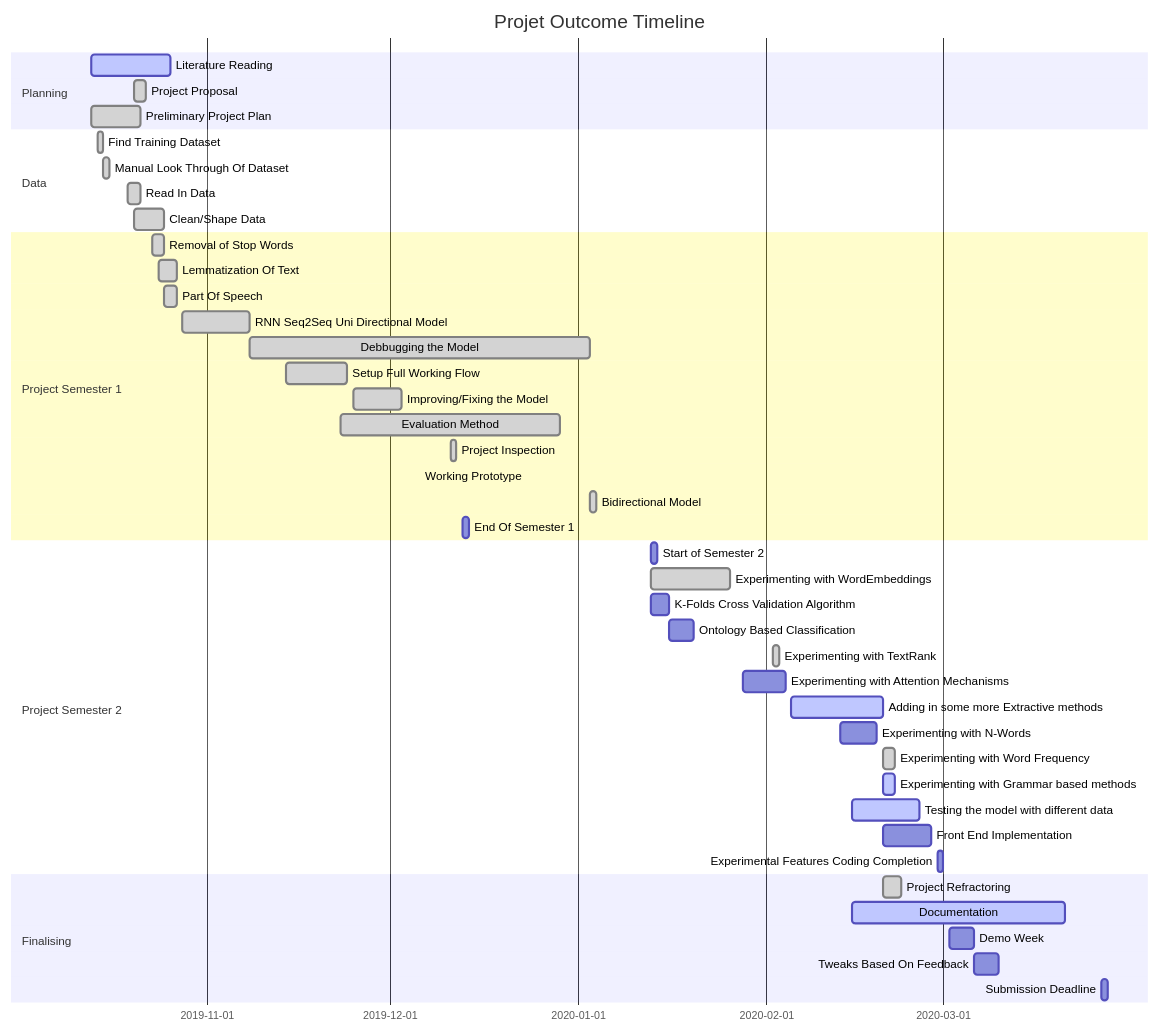
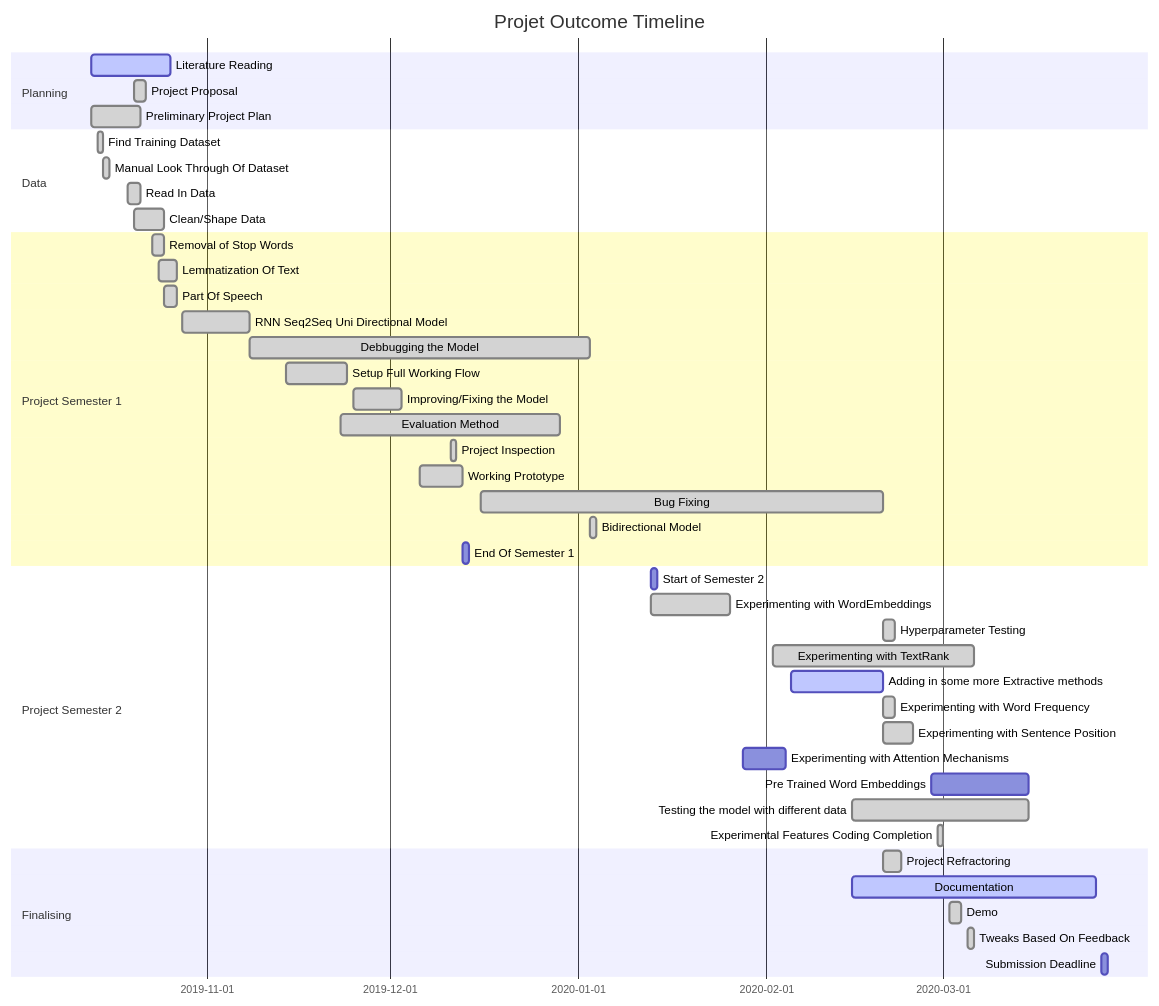
The second of 2 diagrams in README.md (bmistry12/text-summarisation), drawn with Mermaid before and after one commit. The commit also changed other lines of this file, not shown here.

````diff
--- a/README.md
+++ b/README.md
@@ -93,52 +149,51 @@
 ```mermaid
 gantt
 dateFormat  YYYY-MM-DD
 title Projet Outcome Timeline
 
 section Planning
 Literature Reading                      :active,  des1, 2019-10-13, 2019-10-26
 Project Proposal                        :done,    des1, 2019-10-20, 2019-10-22
 Preliminary Project Plan                :done,    des1, 2019-10-13, 2019-10-21
 
 section Data                  
 Find Training Dataset                   :done,    des1, 2019-10-14, 2019-10-15
 Manual Look Through Of Dataset          :done,    des1, 2019-10-15, 2019-10-16
 Read In Data                            :done,    des1, 2019-10-19, 2019-10-21
 Clean/Shape Data                        :done,    des1, 2019-10-20, 2019-10-25
 
 section Project Semester 1
 Removal of Stop Words                   :done,    des1, 2019-10-23, 2019-10-25
 Lemmatization Of Text                   :done,    des1, 2019-10-24, 2019-10-27
 Part Of Speech                          :done,    des1, 2019-10-25, 2019-10-27
 RNN Seq2Seq Uni Directional Model       :done,    des1, 2019-10-28, 2019-11-08
 Debbugging the Model                    :done,    des1, 2019-11-08, 2020-01-03
 Setup Full Working Flow                 :done,    des1, 2019-11-14, 2019-11-24
 Improving/Fixing the Model              :done,    des1, 2019-11-25, 2019-12-03
 Evaluation Method                       :done,    des1, 2019-11-23, 2019-12-29
 Project Inspection                      :done,    des1, 2019-12-11, 1d
-Working Prototype                       :done,    des1, 2019-12-13, 2019-12-06
+Working Prototype                       :done,    des1, 2019-12-06, 2019-12-13
+Bug Fixing                              :done,    des1, 2019-12-16, 2020-02-20
 Bidirectional Model                     :done,    des1, 2020-01-03, 2020-01-04
 End Of Semester 1                       :         des1, 2019-12-13, 1d
 
 section Project Semester 2
 Start of Semester 2                     :         des1, 2020-01-13, 1d
 Experimenting with WordEmbeddings       :done,    des1, 2020-01-13, 2020-01-26
-K-Folds Cross Validation Algorithm      :         des1, 2020-01-13, 2020-01-16
-Ontology Based Classification           :         des1, 2020-01-16, 2020-01-20
-Experimenting with TextRank             :done,  des1, 2020-02-02, 2020-02-03
+Hyperparameter Testing                  :done,    des1, 2020-02-20, 2020-02-22
+Experimenting with TextRank             :done,    des1, 2020-02-02, 2020-03-06
+Adding in some more Extractive methods  :active,  des1, 2020-02-05, 2020-02-20
+Experimenting with Word Frequency       :done,    des1, 2020-02-20, 2020-02-22
+Experimenting with Sentence Position    :done,    des1, 2020-02-20, 2020-02-25
 Experimenting with Attention Mechanisms :         des1, 2020-01-28, 2020-02-04
-Adding in some more Extractive methods  :active,  des1, 2020-02-05, 2020-02-20
-Experimenting with N-Words              :         des1, 2020-02-13, 2020-02-19
-Experimenting with Word Frequency        :done,         des1, 2020-02-20, 2020-02-22
-Experimenting with Grammar based methods:active,   des1, 2020-02-20, 2020-02-22
-Testing the model with different data   :active,  des1, 2020-02-15, 2020-02-26 
-Front End Implementation                :         des1, 2020-02-20, 2020-02-28
-Experimental Features Coding Completion :         des1, 2020-02-29, 1d
+Pre Trained Word Embeddings             :active   des1, 2020-02-28, 2020-03-15
+Testing the model with different data   :done,    des1, 2020-02-15, 2020-03-15
+Experimental Features Coding Completion :done,    des1, 2020-02-29, 1d
 
 Section Finalising
-Project Refractoring                    :done,  des1, 2020-02-20, 2020-02-23
-Documentation                           :active,  des1, 2020-02-15, 2020-03-21
-Demo Week                               :         des1, 2020-03-02, 2020-03-06
-Tweaks Based On Feedback                :         des1, 2020-03-06, 2020-03-10
+Project Refractoring                    :done,    des1, 2020-02-20, 2020-02-23
+Documentation                           :active,  des1, 2020-02-15, 2020-03-26
+Demo                                    :done,    des1, 2020-03-02, 2020-03-04
+Tweaks Based On Feedback                :done,    des1, 2020-03-05, 2020-03-06
 Submission Deadline                     :         des1, 2020-03-27, 1d
 ```
````
